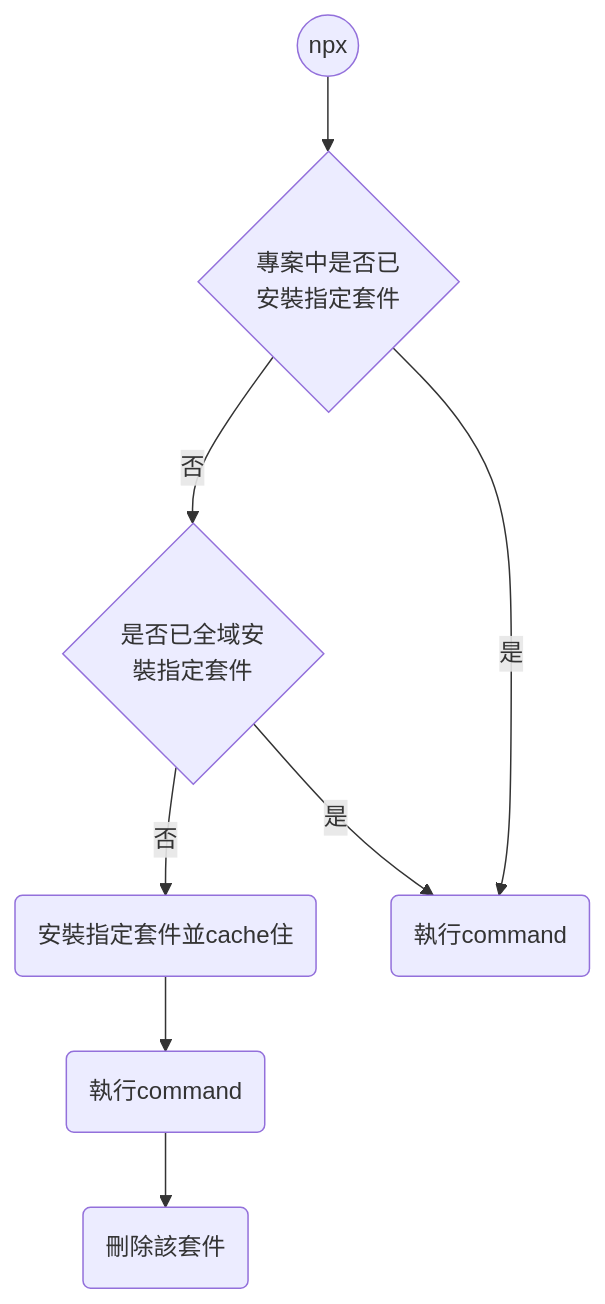
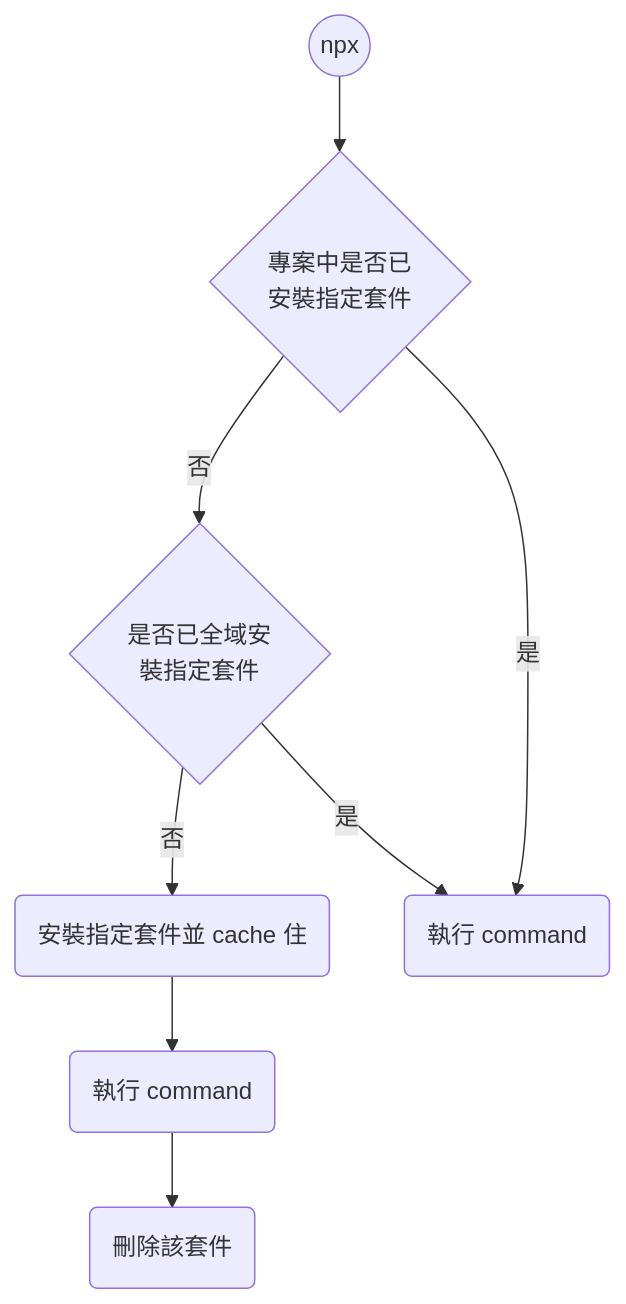
Before and after one commit to bingyangchen/KM-software: the diagram in Programming Language/JavaScript/Node.js/npx.md, drawn with Mermaid. The commit also changed other lines of this file and 15 other files, not shown here.

````diff
--- a/Programming Language/JavaScript/Node.js/npx.md
+++ b/Programming Language/JavaScript/Node.js/npx.md
@@ -20,17 +20,17 @@
 ```mermaid
 flowchart TD
     id0((npx))
     id1{專案中是否已<br/>安裝指定套件}
     id2{是否已全域安<br/>裝指定套件}
-    id3(安裝指定套件並cache住)
-    id4(執行command)
+    id3(安裝指定套件並 cache 住)
+    id4(執行 command)
     id5(刪除該套件)
-    id6(執行command)
+    id6(執行 command)
     id0-->id1
     id1--否-->id2
     id1--是-->id6
     id2--否-->id3
     id2--是-->id6
     id3-->id4
     id4-->id5
 ```
````
